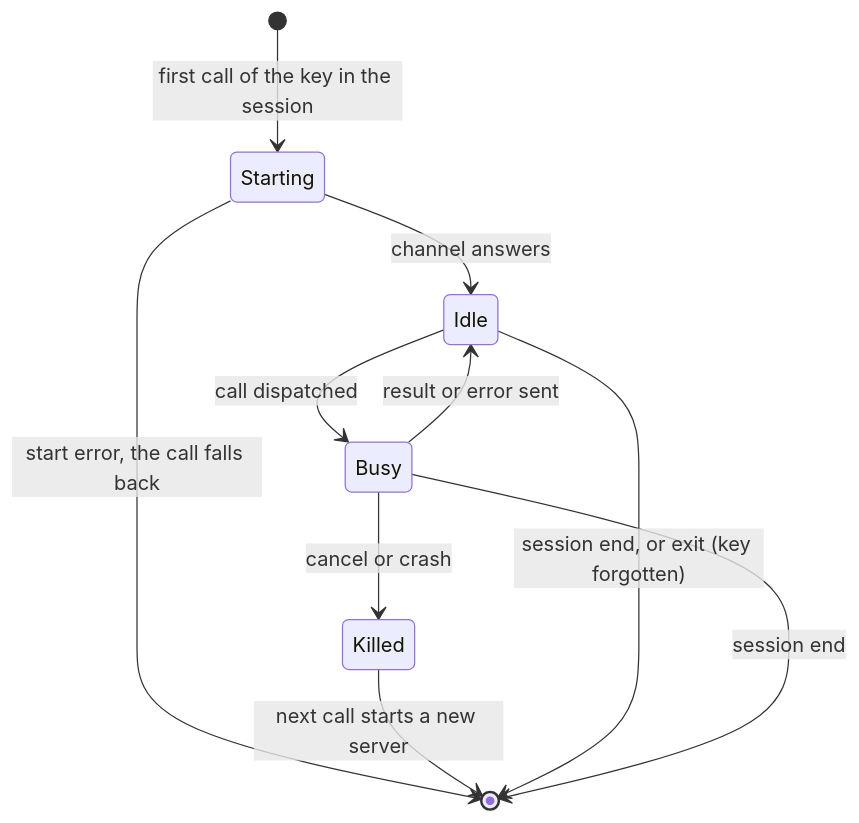
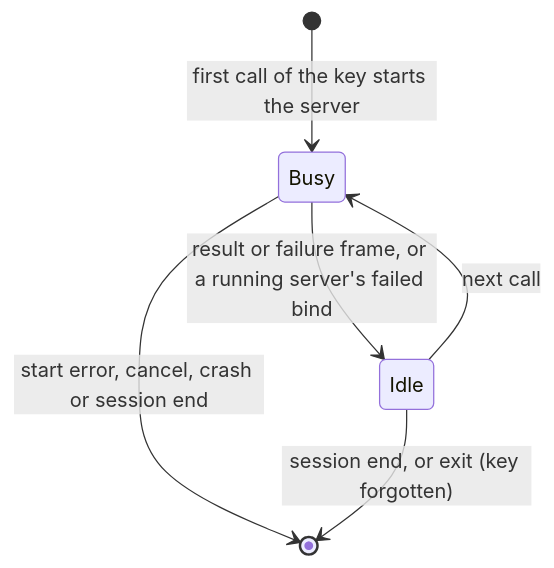
Before and after one commit to dagger/dagger: the third of 3 diagrams in hack/designs/python-persistent-module-server.md, drawn with Mermaid. The commit also changed other lines of this file, not shown here.

Commit message:
docs: align the module server design with S1

````diff
--- a/hack/designs/python-persistent-module-server.md
+++ b/hack/designs/python-persistent-module-server.md
@@ -327,12 +330,8 @@
 ```mermaid
 stateDiagram-v2
-    [*] --> Starting: first call of the key in the session
-    Starting --> Idle: channel answers
-    Starting --> [*]: start error, the call falls back
-    Idle --> Busy: call dispatched
-    Busy --> Idle: result or error sent
-    Busy --> Killed: cancel or crash
-    Killed --> [*]: next call starts a new server
+    [*] --> Busy: first call of the key starts the server
+    Busy --> Idle: result or failure frame, or a running server's failed bind
+    Busy --> [*]: start error, cancel, crash or session end
+    Idle --> Busy: next call
     Idle --> [*]: session end, or exit (key forgotten)
-    Busy --> [*]: session end
 ```
````
